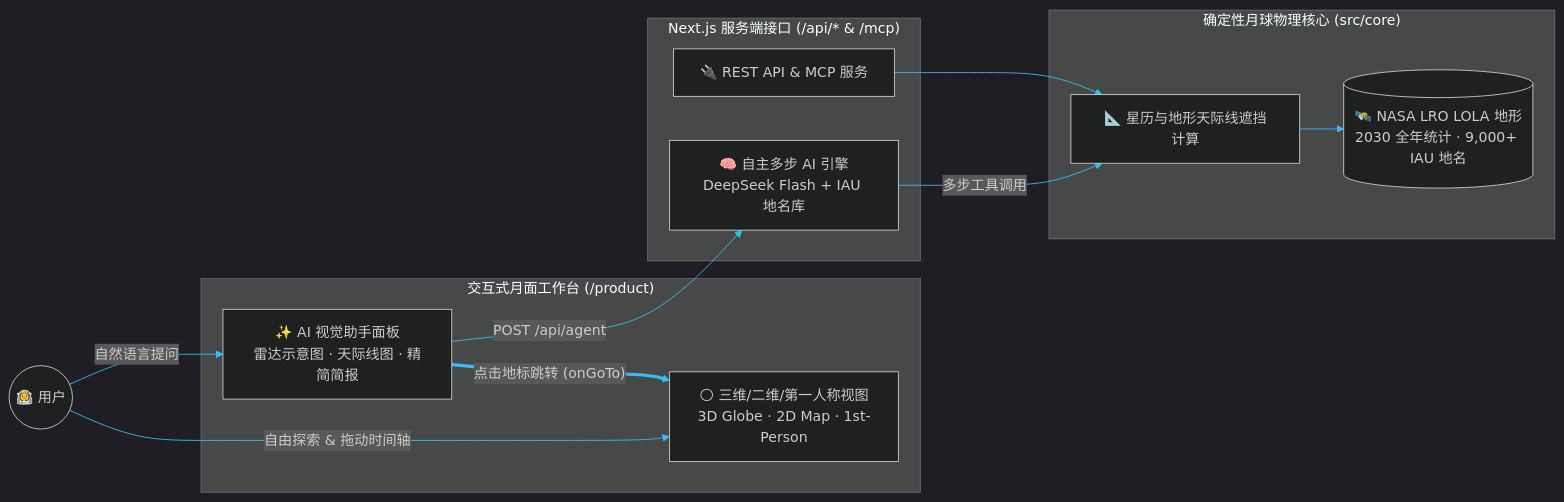
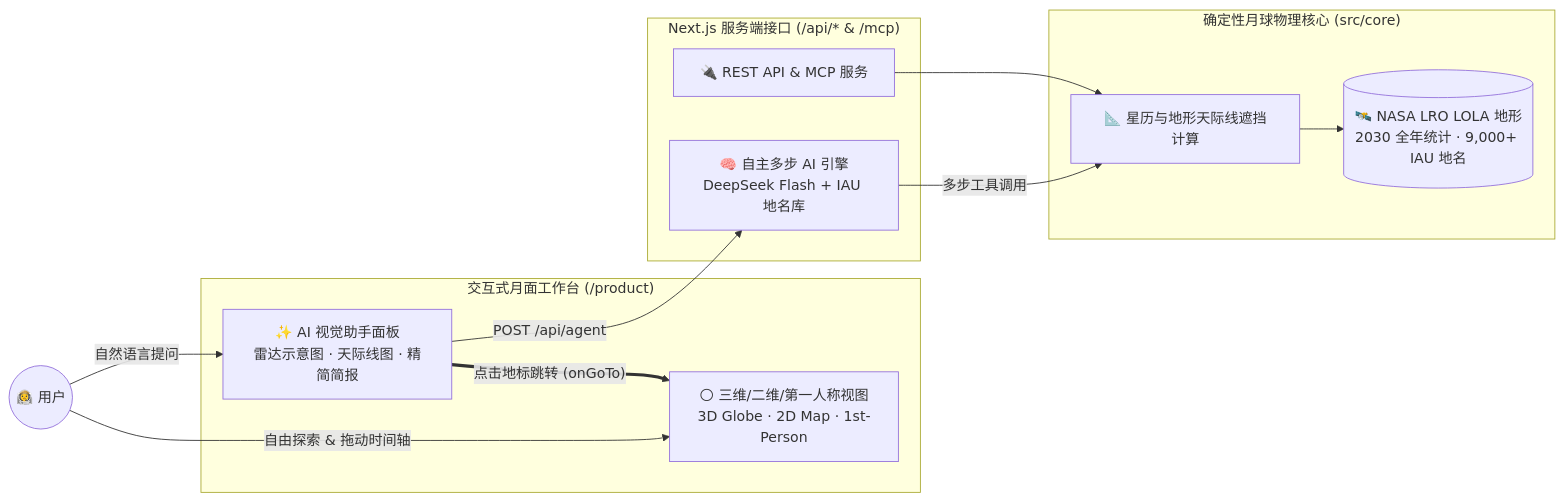
Before and after one commit to xbl2602/bean-drift: the first of 3 diagrams in README.zh-CN.md, drawn with Mermaid. The commit also changed other lines of this file and 2 other files, not shown here.

````diff
--- a/README.zh-CN.md
+++ b/README.zh-CN.md
@@ -66,24 +71,23 @@
 ```mermaid
-%%{init: {'theme': 'dark', 'themeVariables': { 'primaryColor': '#1a2b30', 'primaryTextColor': '#eef4ee', 'primaryBorderColor': '#a3e635', 'lineColor': '#38bdf8'}}}%%
 flowchart LR
   User(("👩‍🚀 用户"))
   subgraph Workspace["交互式月面工作台 (/product)"]
     Views["🌕 三维/二维/第一人称视图\n3D Globe · 2D Map · 1st-Person"]
     AiPanel["✨ AI 视觉助手面板\n雷达示意图 · 天际线图 · 精简简报"]
   end
   subgraph Server["Next.js 服务端接口 (/api/* & /mcp)"]
     Agent["🧠 自主多步 AI 引擎\nDeepSeek Flash + IAU 地名库"]
     RestMcp["🔌 REST API & MCP 服务"]
   end
   subgraph Core["确定性月球物理核心 (src/core)"]
     Physics["📐 星历与地形天际线遮挡计算"]
     Data[("🛰️ NASA LRO LOLA 地形\n2030 全年统计 · 9,000+ IAU 地名")]
   end
   User -->|"自由探索 & 拖动时间轴"| Views
   User -->|"自然语言提问"| AiPanel
   AiPanel ==>|"点击地标跳转 (onGoTo)"| Views
   AiPanel -->|"POST /api/agent"| Agent
   Agent -->|"多步工具调用"| Physics
   RestMcp --> Physics
   Physics --> Data
 ```
````
